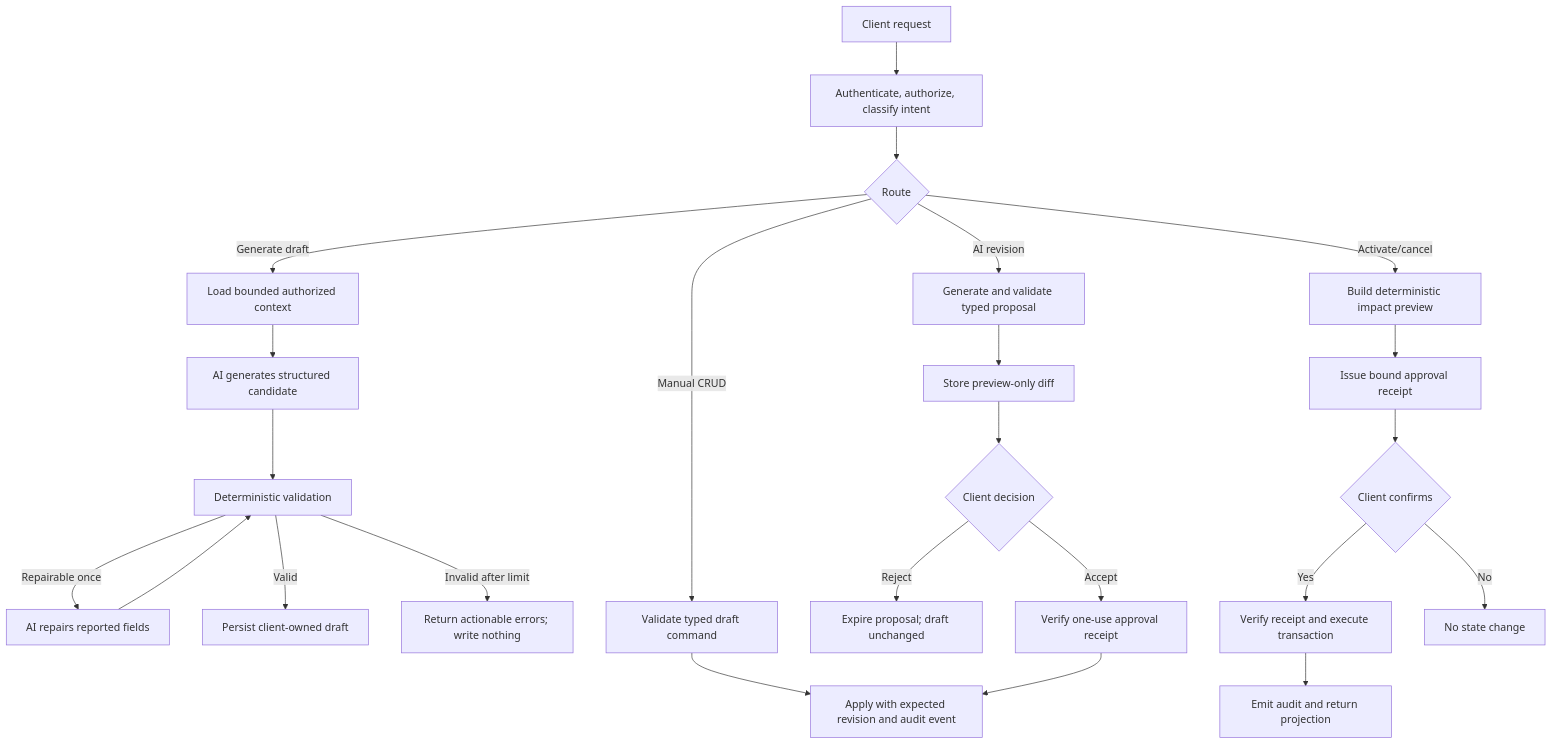
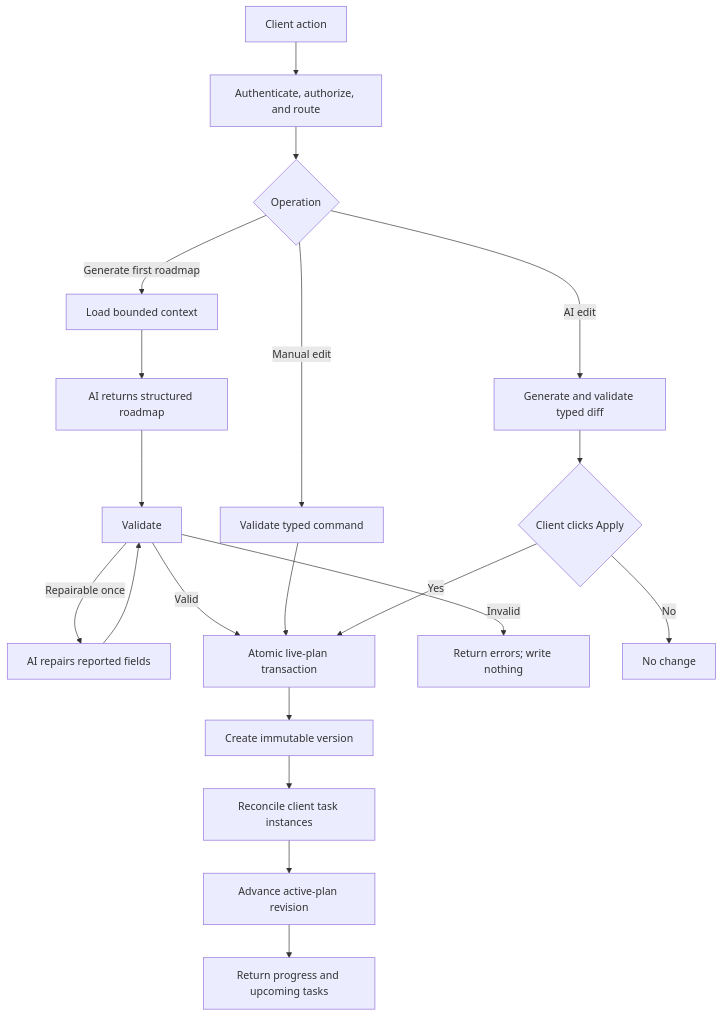
One commit to Xiuping-Hu/Onboarding-Accelerator changed the diagram in specs/025-client-owned-ai-onboarding-roadmap-workflow.md. Above: the diagram before and after it, drawn with Mermaid. The commit also changed other lines of this file and 50 other files, not shown here.

Commit message:
feat: implement live AI onboarding roadmaps

````diff
--- a/specs/025-client-owned-ai-onboarding-roadmap-workflow.md
+++ b/specs/025-client-owned-ai-onboarding-roadmap-workflow.md
@@ -249,26 +270,22 @@
 ```mermaid
 flowchart TD
-    A["Client request"] --> B["Authenticate, authorize, classify intent"]
-    B --> C{"Route"}
-    C -->|"Generate draft"| D["Load bounded authorized context"]
-    D --> E["AI generates structured candidate"]
-    E --> F["Deterministic validation"]
+    A["Client action"] --> B["Authenticate, authorize, and route"]
+    B --> C{"Operation"}
+    C -->|"Generate first roadmap"| D["Load bounded context"]
+    D --> E["AI returns structured roadmap"]
+    E --> F["Validate"]
     F -->|"Repairable once"| G["AI repairs reported fields"]
     G --> F
-    F -->|"Valid"| H["Persist client-owned draft"]
-    F -->|"Invalid after limit"| I["Return actionable errors; write nothing"]
-    C -->|"Manual CRUD"| J["Validate typed draft command"]
-    J --> K["Apply with expected revision and audit event"]
-    C -->|"AI revision"| L["Generate and validate typed proposal"]
-    L --> M["Store preview-only diff"]
-    M --> N{"Client decision"}
-    N -->|"Reject"| O["Expire proposal; draft unchanged"]
-    N -->|"Accept"| P["Verify one-use approval receipt"]
-    P --> K
-    C -->|"Activate/cancel"| Q["Build deterministic impact preview"]
-    Q --> R["Issue bound approval receipt"]
-    R --> S{"Client confirms"}
-    S -->|"Yes"| T["Verify receipt and execute transaction"]
-    S -->|"No"| U["No state change"]
-    T --> V["Emit audit and return projection"]
+    F -->|"Valid"| H["Atomic live-plan transaction"]
+    F -->|"Invalid"| I["Return errors; write nothing"]
+    C -->|"Manual edit"| J["Validate typed command"]
+    J --> H
+    C -->|"AI edit"| K["Generate and validate typed diff"]
+    K --> L{"Client clicks Apply"}
+    L -->|"Yes"| H
+    L -->|"No"| M["No change"]
+    H --> N["Create immutable version"]
+    N --> O["Reconcile client task instances"]
+    O --> P["Advance active-plan revision"]
+    P --> Q["Return progress and upcoming tasks"]
 ```
````
